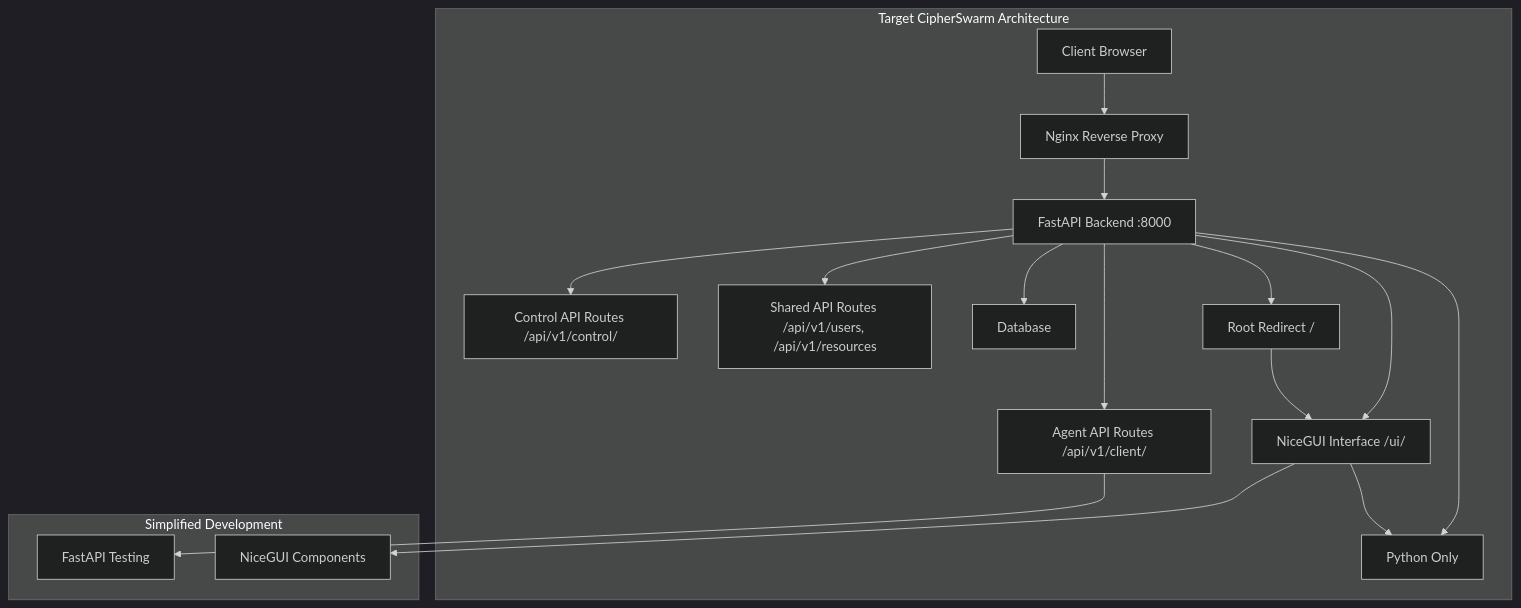
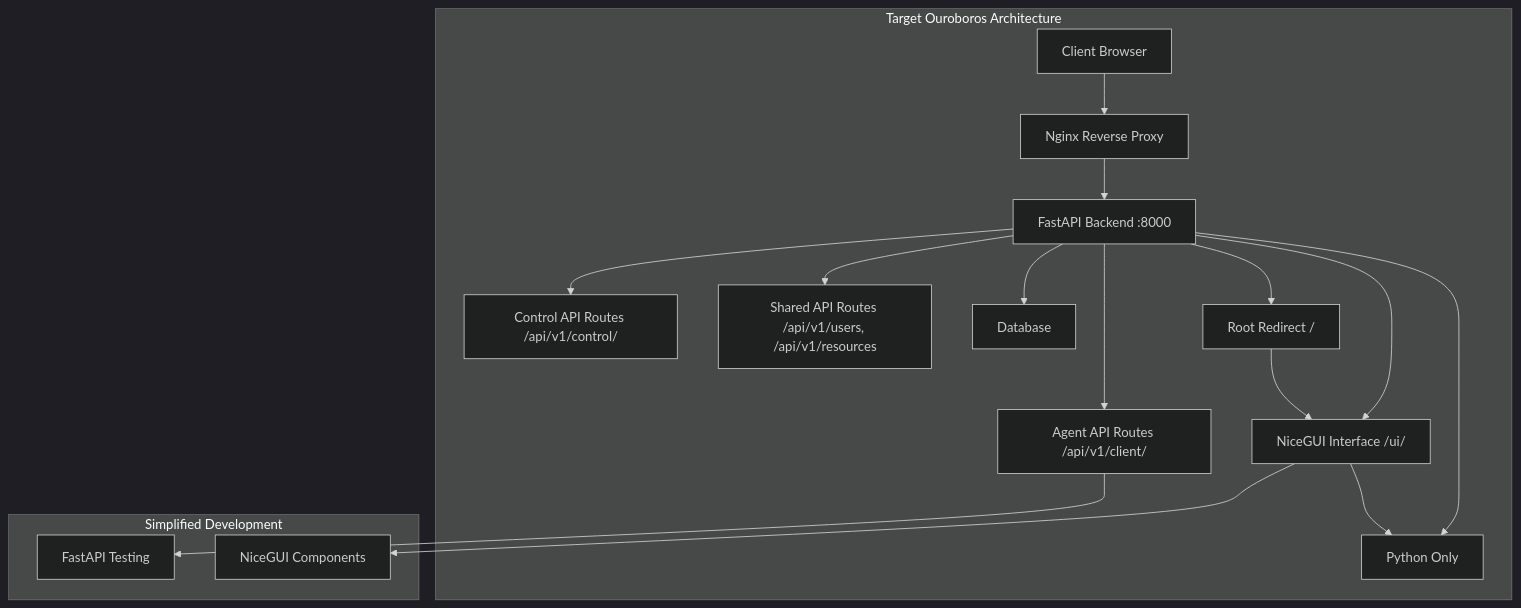
Before and after one commit to unclesp1d3r/Ouroboros: the second of 3 diagrams in .kiro/specs/sveltekit-frontend-removal/design.md, drawn with Mermaid (dark theme). The commit also changed other lines of this file and 69 other files, not shown here.

````diff
--- a/.kiro/specs/sveltekit-frontend-removal/design.md
+++ b/.kiro/specs/sveltekit-frontend-removal/design.md
@@ -48,27 +48,27 @@
 ```mermaid
 graph TB
-    subgraph "Target CipherSwarm Architecture"
+    subgraph "Target Ouroboros Architecture"
         A[Client Browser] --> B[Nginx Reverse Proxy]
         B --> C[FastAPI Backend :8000]
 
         C --> D[NiceGUI Interface /ui/]
         C --> E[Agent API Routes /api/v1/client/]
         C --> F[Control API Routes /api/v1/control/]
         C --> G[Shared API Routes /api/v1/users, /api/v1/resources]
         C --> H[Database]
         C --> I[Redis Cache]
         C --> J[MinIO Storage]
 
         I[Root Redirect /] --> D
     end
 
     subgraph "Simplified Development"
         J[Python Only]
         K[FastAPI Testing]
         L[NiceGUI Components]
     end
 
     D --> J
     E --> K
     D --> L
 ```
````
